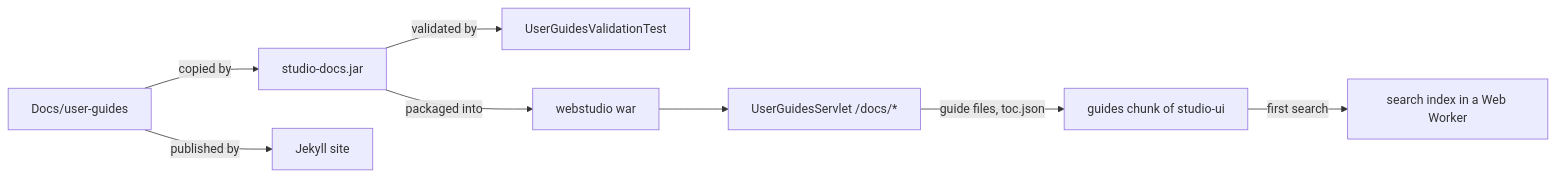
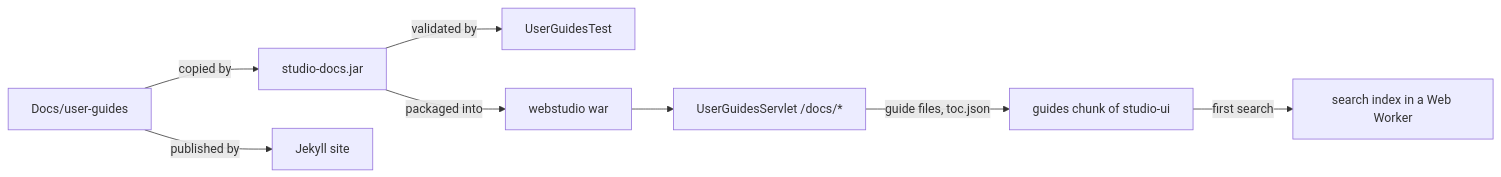
The diagram in Docs/architecture/embedded-user-guides.md (openl-tablets/openl-tablets), drawn with Mermaid before and after one commit. The commit also changed other lines of this file and 47 other files, not shown here.

Commit message:
EPBDS-16455 Pack the user guides into a jar whose tests reject broken links, missing images and unsupported Markdown

````diff
--- a/Docs/architecture/embedded-user-guides.md
+++ b/Docs/architecture/embedded-user-guides.md
@@ -25,10 +25,10 @@
 ```mermaid
 flowchart LR
     MD["Docs/user-guides"] -->|copied by| DOCS["studio-docs.jar"]
-    DOCS -->|validated by| VAL["UserGuidesValidationTest"]
+    DOCS -->|validated by| VAL["UserGuidesTest"]
     DOCS -->|packaged into| WAR["webstudio war"]
     WAR --> SERVLET["UserGuidesServlet /docs/*"]
     SERVLET -->|guide files, toc.json| UI["guides chunk of studio-ui"]
     UI -->|first search| IDX["search index in a Web Worker"]
     MD -->|published by| SITE["Jekyll site"]
 ```
````
